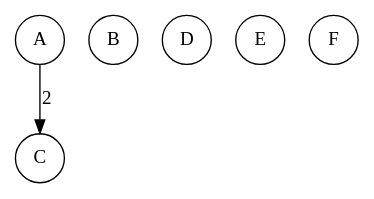
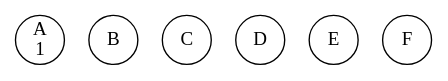
One commit to li23179/GO changed the diagram in concurrency-lab-2/bank/out/0000000000.gv. Above: the diagram before and after it, drawn with Graphviz. The commit also changed 25 other files, not shown here.

```diff
--- a/concurrency-lab-2/bank/out/0000000000.gv
+++ b/concurrency-lab-2/bank/out/0000000000.gv
@@ -1,9 +1,8 @@
 digraph bank {
-	 0 [label= "A\n" , pos= "1,0!" , shape=circle, fixedsize=true, width=0.5 ]
+	 0 [label= "A\n1" , pos= "1,0!" , shape=circle, fixedsize=true, width=0.5 ]
 	 1 [label= "B\n" , pos= "0,1!" , shape=circle, fixedsize=true, width=0.5 ]
 	 2 [label= "C\n" , pos= "1,2!" , shape=circle, fixedsize=true, width=0.5 ]
 	 3 [label= "D\n" , pos= "2,2!" , shape=circle, fixedsize=true, width=0.5 ]
 	 4 [label= "E\n" , pos= "3,1!" , shape=circle, fixedsize=true, width=0.5 ]
 	 5 [label= "F\n" , pos= "2,0!" , shape=circle, fixedsize=true, width=0.5 ]
-	 "0" -> "2" [label= "2" ]
 }
```
